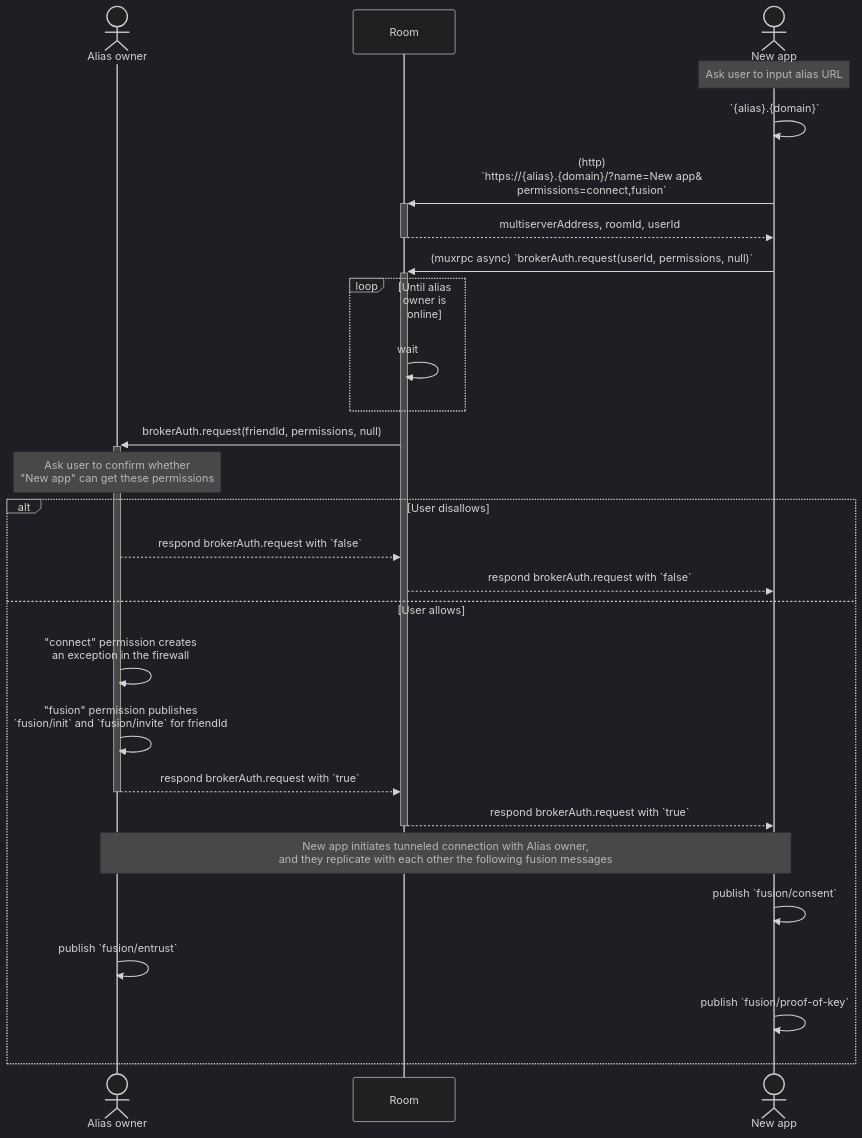
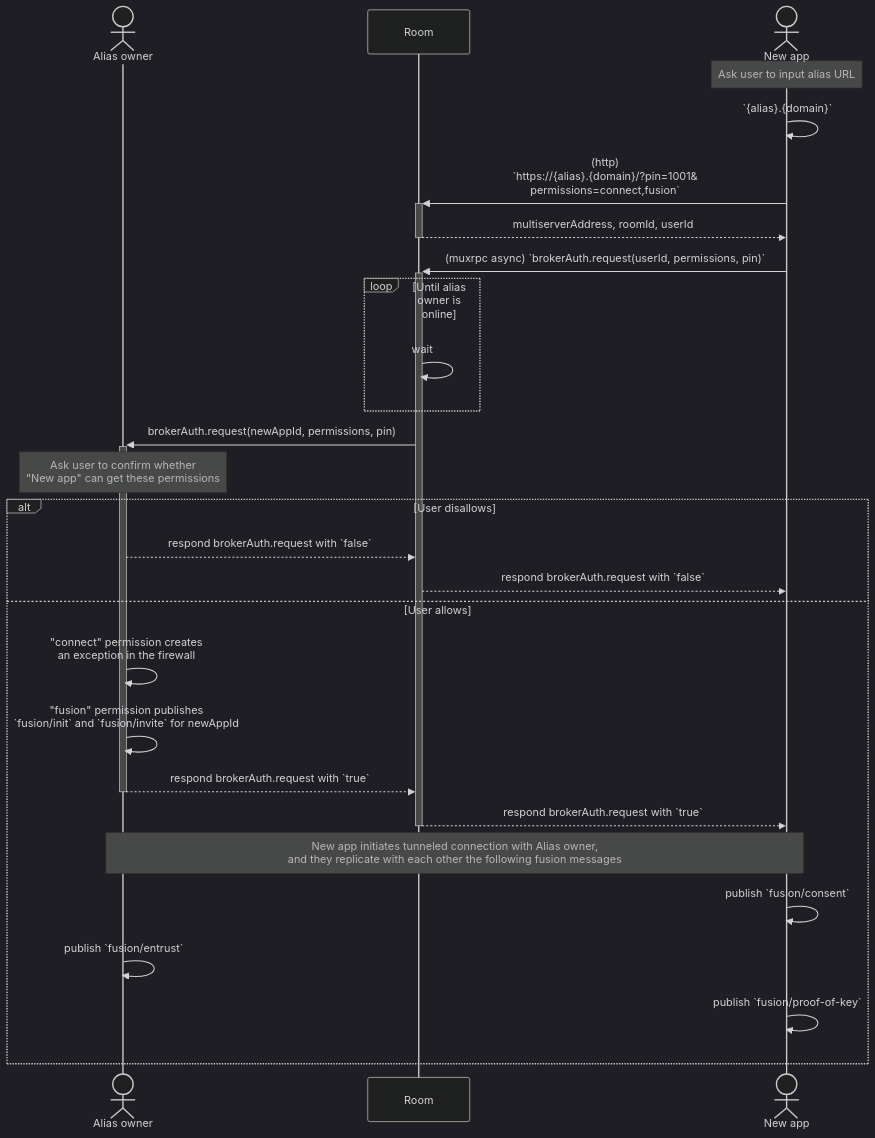
Before and after one commit to staltz/ssb-room-broker-auth-spec: the fourth of 4 diagrams in content.md, drawn with Mermaid (dark theme). The commit also changed 1 other file, not shown here.

Commit message:
replace name with pin

````diff
--- a/content.md
+++ b/content.md
@@ -142,34 +142,34 @@
 ```mermaid
 sequenceDiagram
   actor A as Alias owner
   participant R as Room
   actor B as New app
 
   note over B: Ask user to input alias URL
   B->>B: `{alias}.{domain}`
-  B->>+R: (http) <br/>`https://{alias}.{domain}/?name=New app&<br/>permissions=connect,fusion`
+  B->>+R: (http) <br/>`https://{alias}.{domain}/?pin=1001&<br/>permissions=connect,fusion`
   R-->>-B: multiserverAddress, roomId, userId
 
-  B->>+R: (muxrpc async) `brokerAuth.request(userId, permissions, null)`
+  B->>+R: (muxrpc async) `brokerAuth.request(userId, permissions, pin)`
 
   loop Until alias owner is online
     R->>R: wait
   end
-  R->>+A: brokerAuth.request(friendId, permissions, null)
+  R->>+A: brokerAuth.request(newAppId, permissions, pin)
   note over A: Ask user to confirm whether<br/>"New app" can get these permissions
   alt User disallows
     A-->>R: respond brokerAuth.request with `false`
     R-->>B: respond brokerAuth.request with `false`
   else User allows
     A->>A: "connect" permission creates<br/>an exception in the firewall
-    A->>A: "fusion" permission publishes<br/>`fusion/init` and `fusion/invite` for friendId
+    A->>A: "fusion" permission publishes<br/>`fusion/init` and `fusion/invite` for newAppId
     A-->>-R: respond brokerAuth.request with `true`
     R-->>-B: respond brokerAuth.request with `true`
 
     note over A,B: New app initiates tunneled connection with Alias owner,<br/>and they replicate with each other the following fusion messages
 
     B->>B: publish `fusion/consent`
     A->>A: publish `fusion/entrust`
     B->>B: publish `fusion/proof-of-key`
   end
 ```
````
